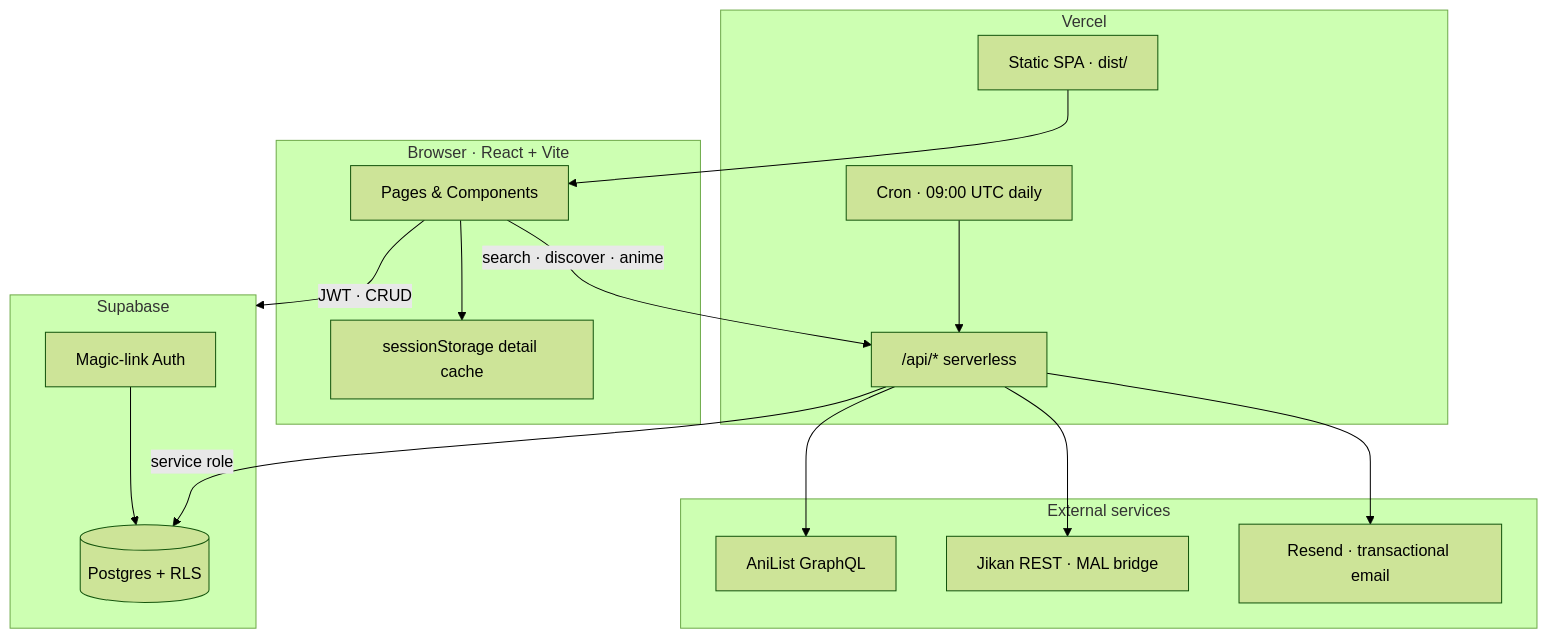
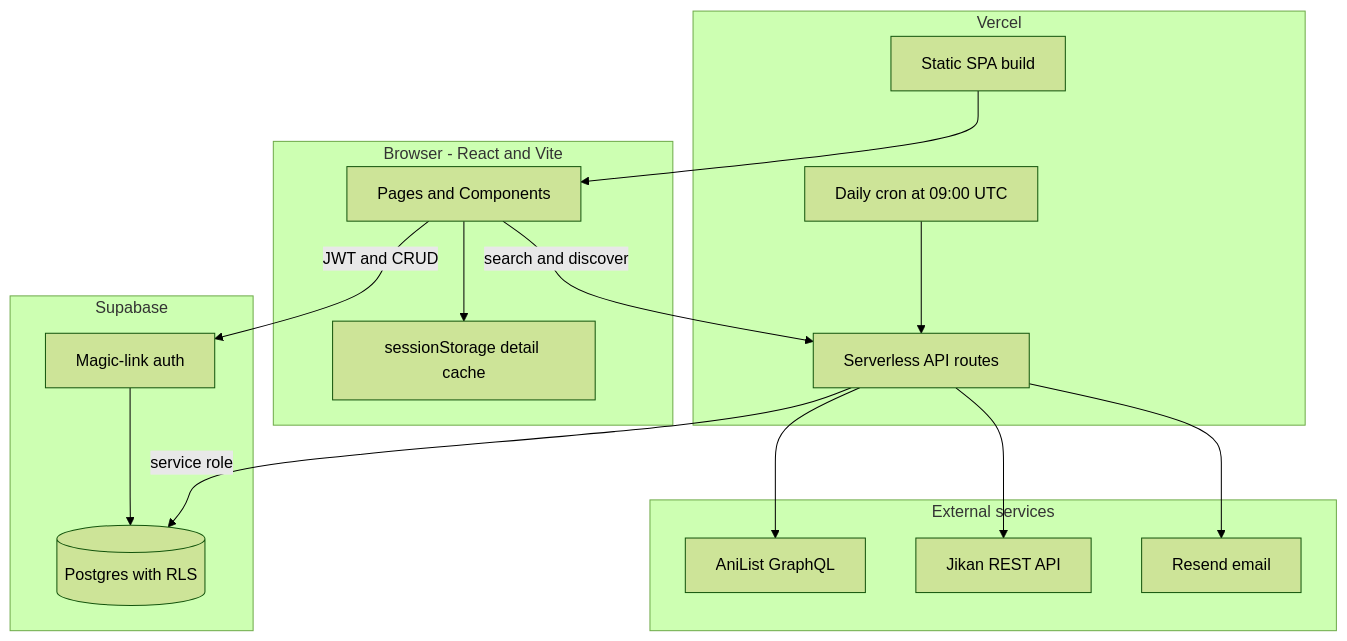
Before and after one commit to tahmidft/cour: the first of 4 diagrams in README.md, drawn with Mermaid (forest theme). The commit also changed other lines of this file, not shown here.

First line of the commit message:
Fix README problem statement and GitHub-safe Mermaid diagrams.

````diff
--- a/README.md
+++ b/README.md
@@ -64,35 +64,35 @@
 ```mermaid
 flowchart TB
-  subgraph Client["Browser · React + Vite"]
-    UI[Pages & Components]
+  subgraph client [Browser - React and Vite]
+    UI[Pages and Components]
     Cache[sessionStorage detail cache]
     UI --> Cache
   end
 
-  subgraph Vercel["Vercel"]
-    SPA[Static SPA · dist/]
-    API["/api/* serverless"]
-    CRON["Cron · 09:00 UTC daily"]
+  subgraph vercel_host [Vercel]
+    SPA[Static SPA build]
+    API[Serverless API routes]
+    CRON[Daily cron at 09:00 UTC]
     CRON --> API
   end
 
-  subgraph Supabase["Supabase"]
-    Auth[Magic-link Auth]
-    DB[(Postgres + RLS)]
+  subgraph supabase_host [Supabase]
+    Auth[Magic-link auth]
+    DB[(Postgres with RLS)]
     Auth --> DB
   end
 
-  subgraph External["External services"]
+  subgraph external [External services]
     AniList[AniList GraphQL]
-    Jikan[Jikan REST · MAL bridge]
-    Resend[Resend · transactional email]
+    Jikan[Jikan REST API]
+    Resend[Resend email]
   end
 
-  UI -->|JWT · CRUD| Supabase
-  UI -->|search · discover · anime| API
+  UI -->|JWT and CRUD| Auth
+  UI -->|search and discover| API
   API --> AniList
   API --> Jikan
   API -->|service role| DB
   API --> Resend
   SPA --> UI
 ```
````
